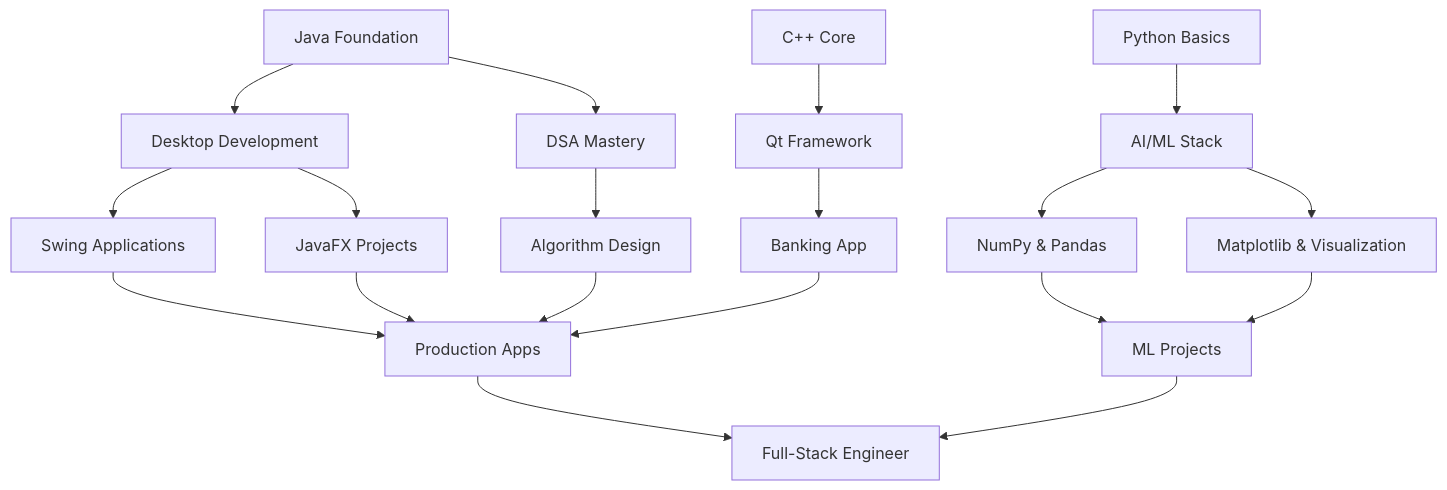
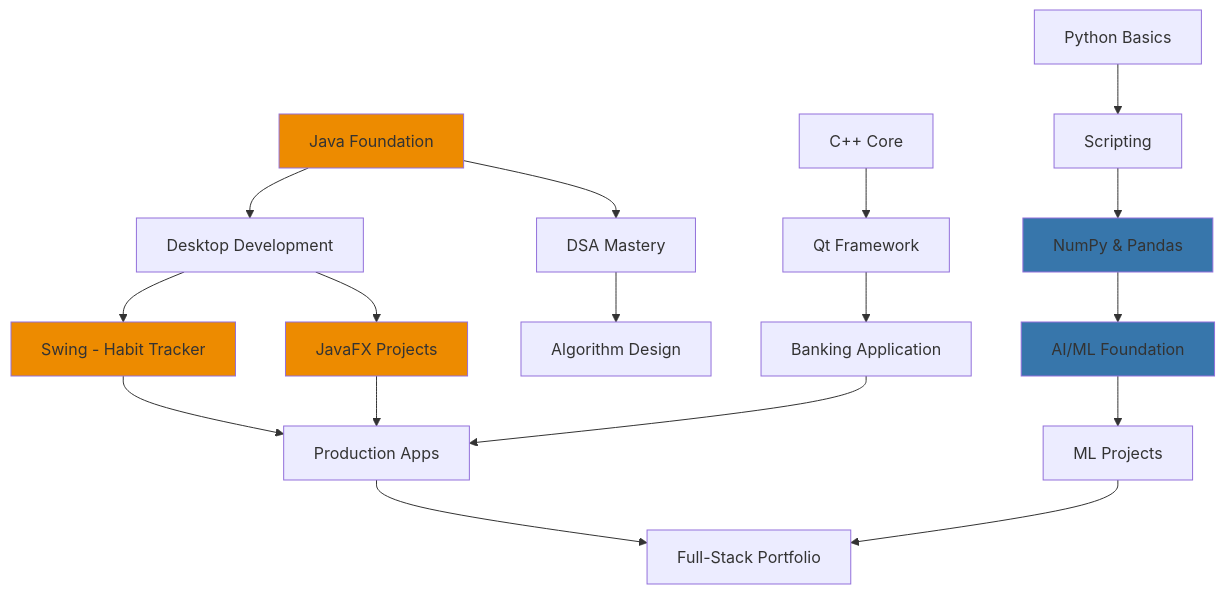
One commit to Kas-sim/Muhammad-Qasim changed the diagram in README.md. Above: the diagram before and after it, drawn with Mermaid. The commit also changed other lines of this file, not shown here.

````diff
--- a/README.md
+++ b/README.md
@@ -227,25 +266,28 @@
 ```mermaid
 graph TD
     A[Java Foundation] --> B[Desktop Development]
     A --> C[DSA Mastery]
-    B --> D[Swing Applications]
+    B --> D[Swing - Habit Tracker]
     B --> E[JavaFX Projects]
     C --> F[Algorithm Design]
     
     G[C++ Core] --> H[Qt Framework]
-    H --> I[Banking App]
+    H --> I[Banking Application]
     
-    J[Python Basics] --> K[AI/ML Stack]
+    J[Python Basics] --> K[Scripting]
     K --> L[NumPy & Pandas]
-    K --> M[Matplotlib & Visualization]
+    L --> M[AI/ML Foundation]
+    M --> N[ML Projects]
     
-    D --> N[Production Apps]
-    E --> N
-    I --> N
-    F --> N
-    L --> O[ML Projects]
-    M --> O
+    D --> O[Production Apps]
+    E --> O
+    I --> O
+    N --> P[Full-Stack Portfolio]
+    O --> P
     
-    N --> P[Full-Stack Engineer]
-    O --> P
+    style A fill:#ED8B00
+    style D fill:#ED8B00
+    style E fill:#ED8B00
+    style L fill:#3776AB
+    style M fill:#3776AB
 ```
````
